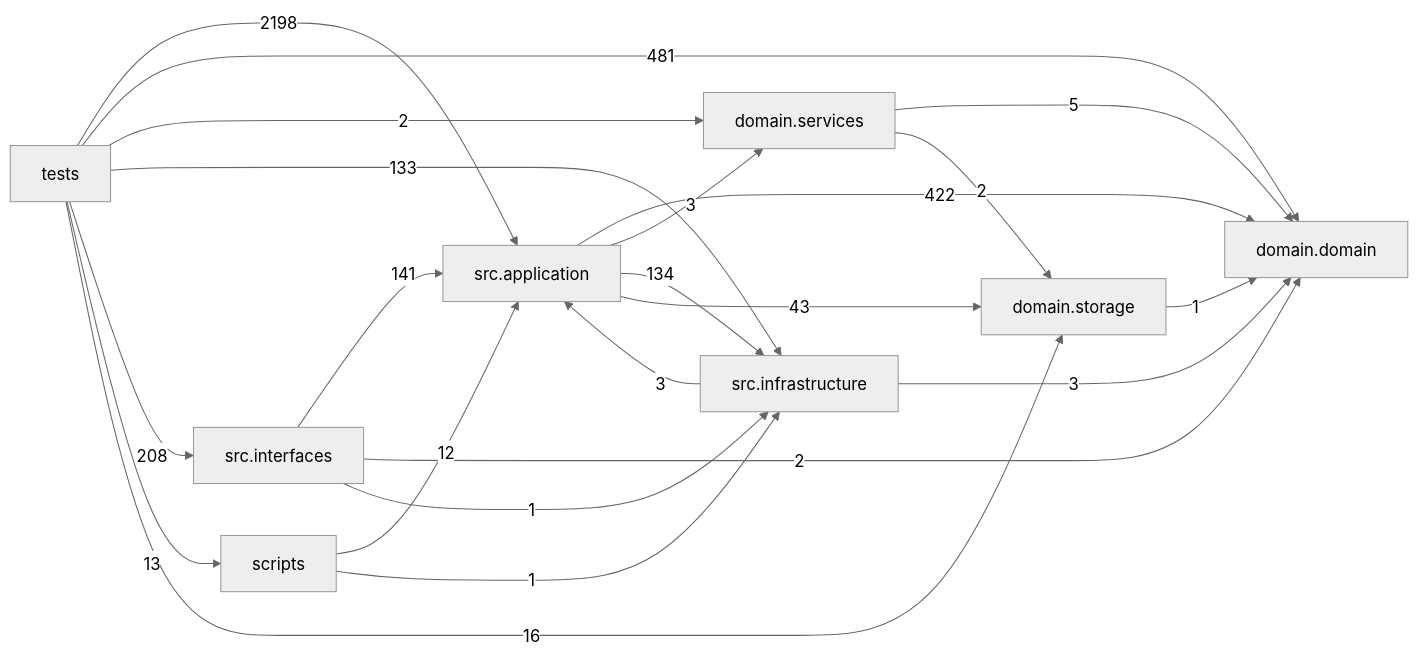
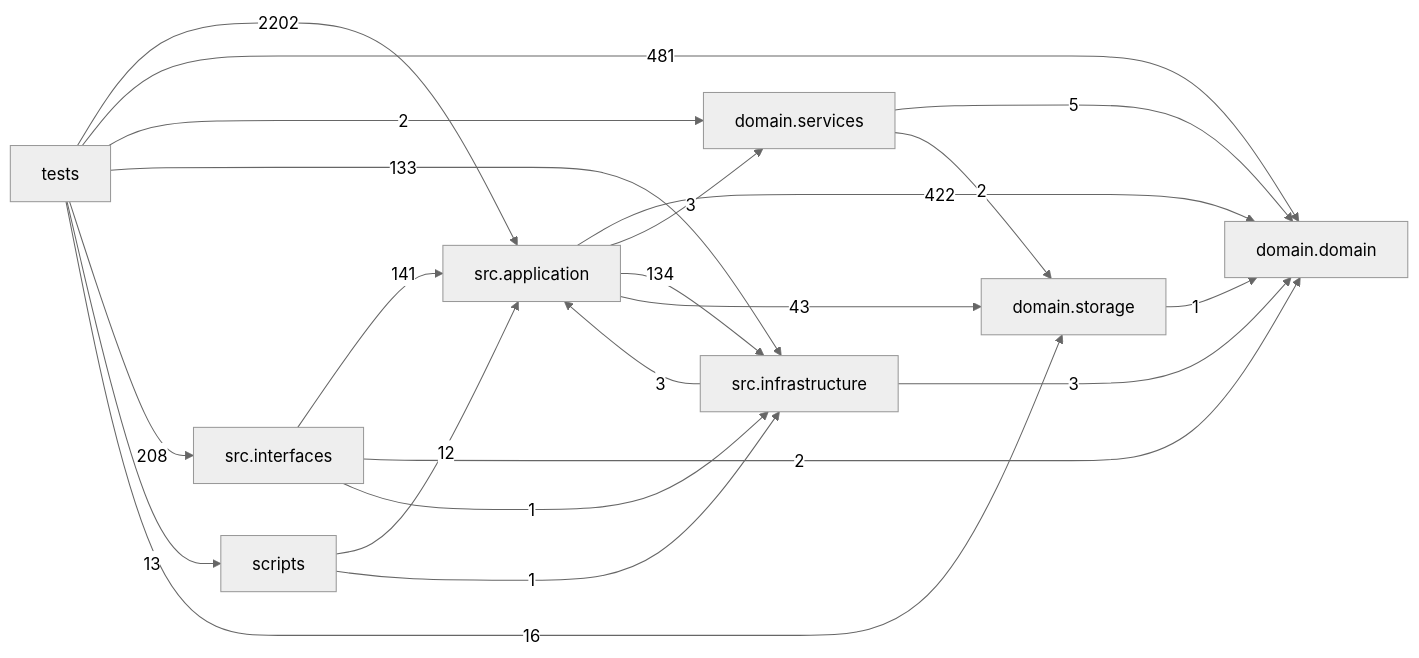
One commit to liuxie066/options-monitor changed the diagram in docs/DEPENDENCY_GRAPH.md. Above: the diagram before and after it, drawn with Mermaid (neutral theme). The commit also changed other lines of this file and 10 other files, not shown here.

````diff
--- a/docs/DEPENDENCY_GRAPH.md
+++ b/docs/DEPENDENCY_GRAPH.md
@@ -24,32 +24,32 @@
 ```mermaid
 flowchart LR
   tests["tests"]
   scripts["scripts"]
   interfaces["src.interfaces"]
   application["src.application"]
   infrastructure["src.infrastructure"]
   domain_services["domain.services"]
   domain["domain.domain"]
   storage["domain.storage"]
   application -->|422| domain
   application -->|3| domain_services
   application -->|134| infrastructure
   application -->|43| storage
   domain_services -->|5| domain
   domain_services -->|2| storage
   infrastructure -->|3| application
   infrastructure -->|3| domain
   interfaces -->|141| application
   interfaces -->|2| domain
   interfaces -->|1| infrastructure
   scripts -->|12| application
   scripts -->|1| infrastructure
   storage -->|1| domain
-  tests -->|2198| application
+  tests -->|2202| application
   tests -->|481| domain
   tests -->|2| domain_services
   tests -->|133| infrastructure
   tests -->|208| interfaces
   tests -->|13| scripts
   tests -->|16| storage
 ```
````
